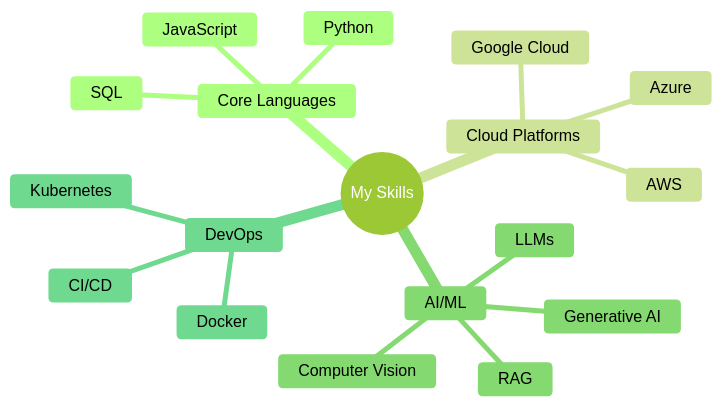
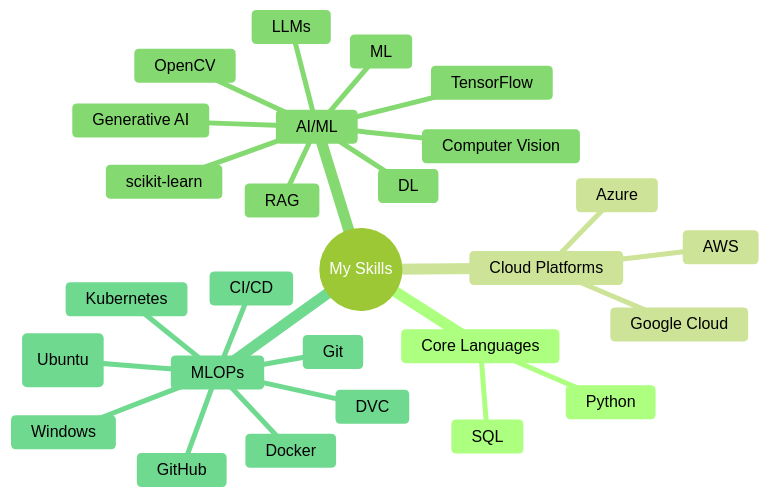
Before and after one commit to mrvivekkumar7171/mrvivekkumar7171: the diagram in README.md, drawn with Mermaid (forest theme). The commit also changed other lines of this file, not shown here.

````diff
--- a/README.md
+++ b/README.md
@@ -34,21 +35,30 @@
 ```mermaid
 mindmap
   root((My Skills))
     Core Languages
       Python
-      JavaScript
       SQL
     Cloud Platforms
       Google Cloud
       Azure
       AWS
     AI/ML
+      ML
+      DL
+      scikit-learn
+      TensorFlow
+      OpenCV
       LLMs
       Generative AI
       RAG
       Computer Vision
-    DevOps
+    MLOPs
       Docker
       Kubernetes
       CI/CD
+      Git
+      GitHub
+      DVC
+      Linux (Ubuntu)
+      Windows
 ```
````
